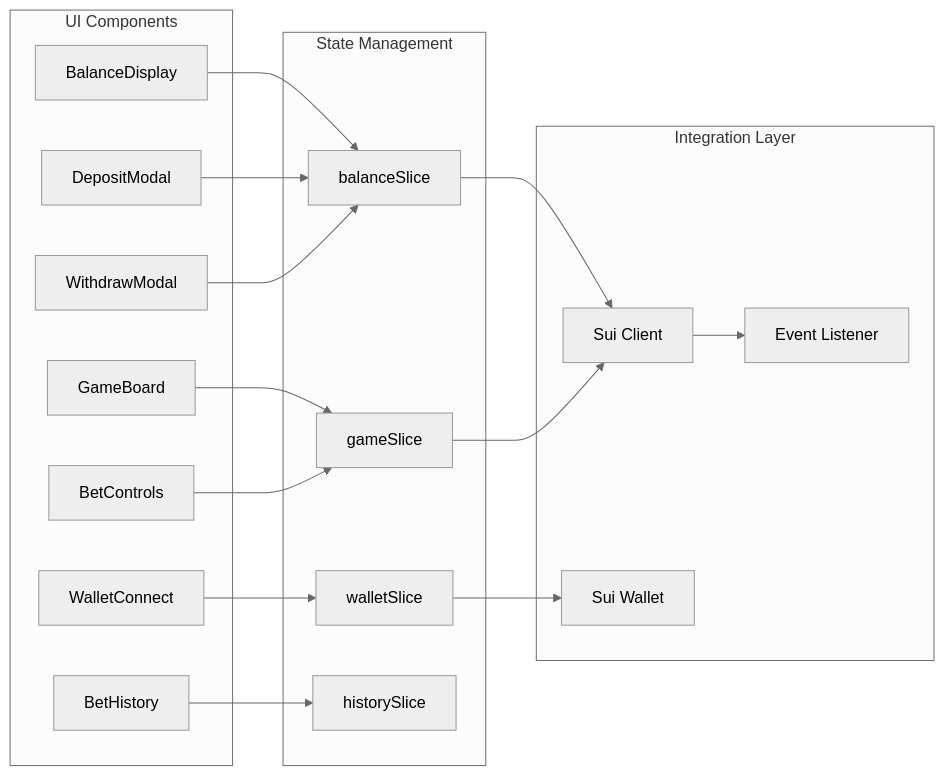
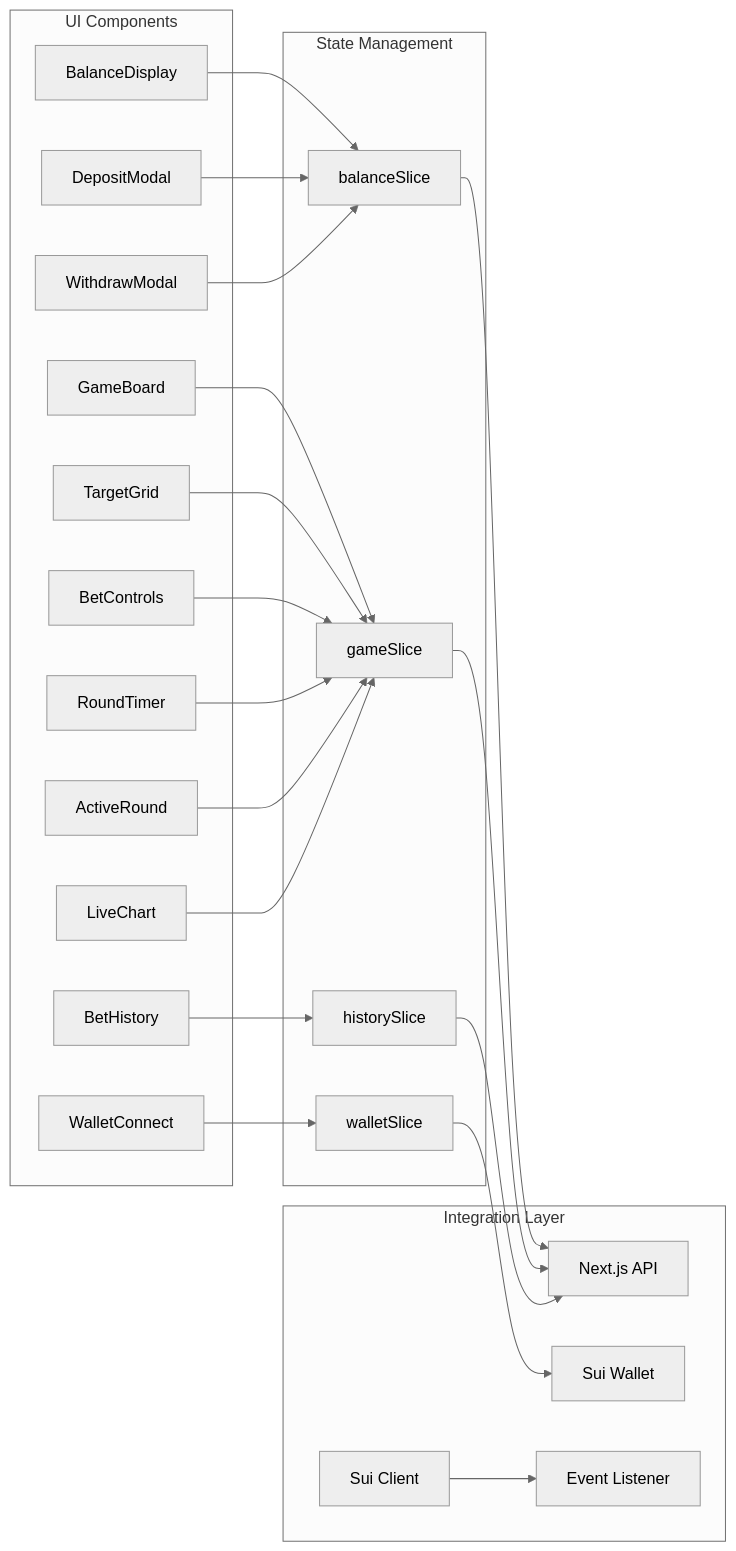
The second of 11 diagrams in README.md (AmaanSayyad/Overflow), drawn with Mermaid (neutral theme) before and after one commit. The commit also changed other lines of this file, not shown here.

````diff
--- a/README.md
+++ b/README.md
@@ -89,39 +89,48 @@
 ```mermaid
 graph LR
     subgraph "UI Components"
         WalletConnect[WalletConnect]
         BalanceDisplay[BalanceDisplay]
         DepositModal[DepositModal]
         WithdrawModal[WithdrawModal]
         GameBoard[GameBoard]
+        TargetGrid[TargetGrid]
         BetControls[BetControls]
+        RoundTimer[RoundTimer]
+        ActiveRound[ActiveRound]
+        LiveChart[LiveChart]
         BetHistory[BetHistory]
     end
     
     subgraph "State Management"
         WalletSlice[walletSlice]
         BalanceSlice[balanceSlice]
         GameSlice[gameSlice]
         HistorySlice[historySlice]
     end
     
     subgraph "Integration Layer"
+        AppAPI[Next.js API]
+        SuiWallet[Sui Wallet]
         SuiClient[Sui Client]
-        SuiWallet[Sui Wallet]
         EventListener[Event Listener]
     end
     
     WalletConnect --> WalletSlice
     BalanceDisplay --> BalanceSlice
     DepositModal --> BalanceSlice
     WithdrawModal --> BalanceSlice
     GameBoard --> GameSlice
+    TargetGrid --> GameSlice
     BetControls --> GameSlice
+    RoundTimer --> GameSlice
+    ActiveRound --> GameSlice
+    LiveChart --> GameSlice
     BetHistory --> HistorySlice
     
     WalletSlice --> SuiWallet
-    BalanceSlice --> SuiClient
-    GameSlice --> SuiClient
-    
+    BalanceSlice --> AppAPI
+    GameSlice --> AppAPI
+    HistorySlice --> AppAPI
     SuiClient --> EventListener
 ```
````
